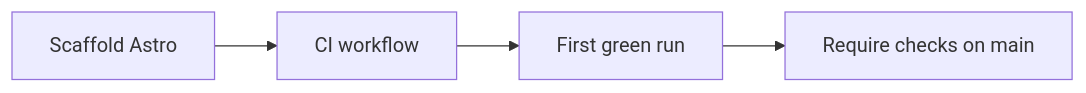
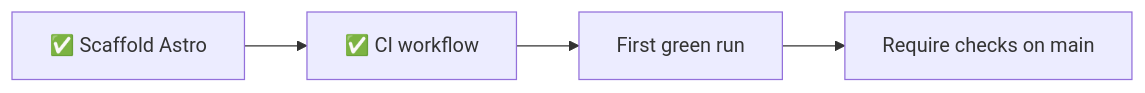
Before and after one commit to FilipRokita/filiprokita.com: the diagram in docs/github-settings.md, drawn with Mermaid. The commit also changed other lines of this file and 5 other files, not shown here.

````diff
--- a/docs/github-settings.md
+++ b/docs/github-settings.md
@@ -33,6 +33,6 @@
 ```mermaid
 flowchart LR
-    A[Scaffold Astro] --> B[CI workflow]
+    A[✅ Scaffold Astro] --> B[✅ CI workflow]
     B --> C[First green run]
     C --> D[Require checks on main]
 ```
````
